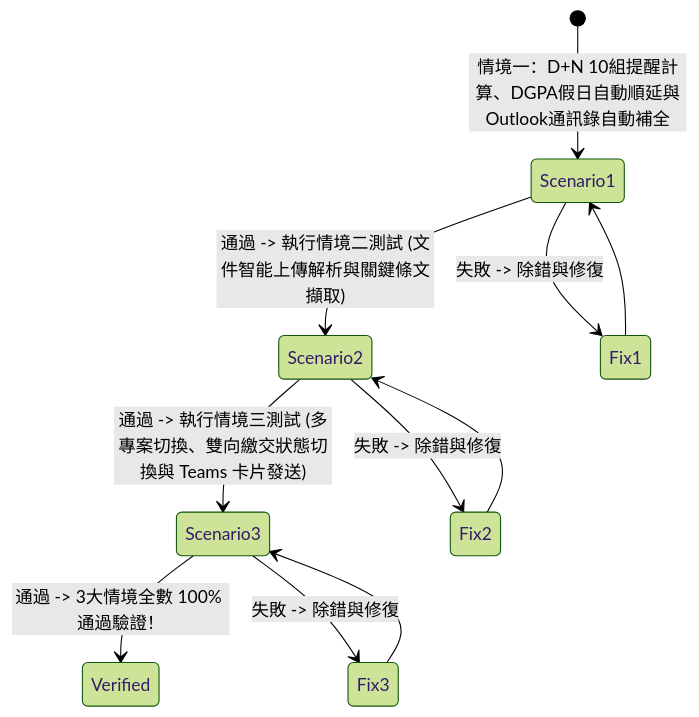
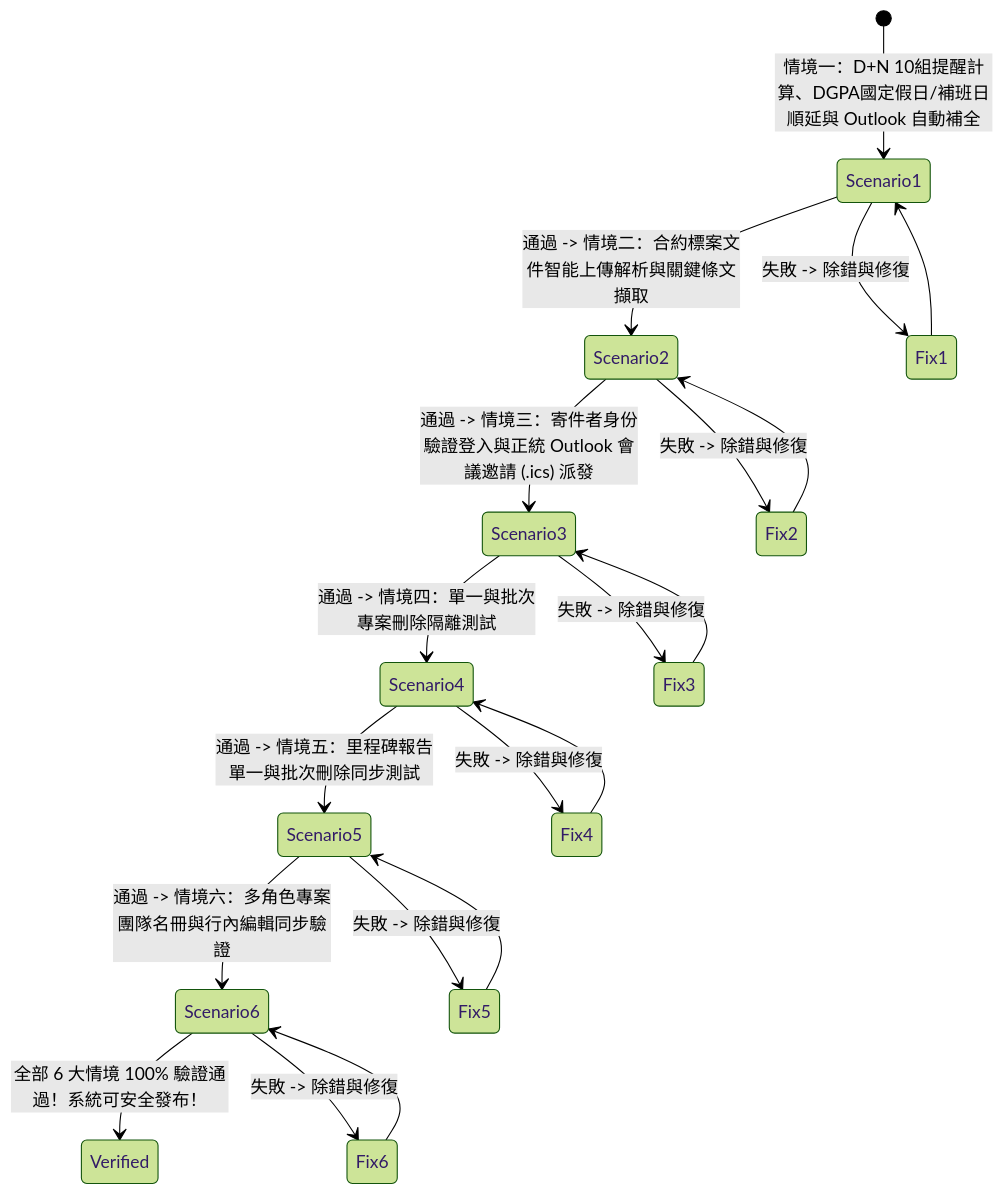
Before and after one commit to zearcehuang/report_reminder_system: the second of 2 diagrams in implementation_plan.md, drawn with Mermaid (forest theme). The commit also changed other lines of this file and 9 other files, not shown here.

````diff
--- a/implementation_plan.md
+++ b/implementation_plan.md
@@ -79,15 +85,27 @@
 ```mermaid
 stateDiagram-v2
-    [*] --> Scenario1: 情境一：D+N 10組提醒計算、DGPA假日自動順延與Outlook通訊錄自動補全
-    Scenario1 --> Scenario2: 通過 -> 執行情境二測試 (文件智能上傳解析與關鍵條文擷取)
+    [*] --> Scenario1: 情境一：D+N 10組提醒計算、DGPA國定假日/補班日順延與 Outlook 自動補全
+    Scenario1 --> Scenario2: 通過 -> 情境二：合約標案文件智能上傳解析與關鍵條文擷取
     Scenario1 --> Fix1: 失敗 -> 除錯與修復
     Fix1 --> Scenario1
 
-    Scenario2 --> Scenario3: 通過 -> 執行情境三測試 (多專案切換、雙向繳交狀態切換與 Teams 卡片發送)
+    Scenario2 --> Scenario3: 通過 -> 情境三：寄件者身份驗證登入與正統 Outlook 會議邀請 (.ics) 派發
     Scenario2 --> Fix2: 失敗 -> 除錯與修復
     Fix2 --> Scenario2
 
-    Scenario3 --> Verified: 通過 -> 3大情境全數 100% 通過驗證！
+    Scenario3 --> Scenario4: 通過 -> 情境四：單一與批次專案刪除隔離測試
     Scenario3 --> Fix3: 失敗 -> 除錯與修復
     Fix3 --> Scenario3
+
+    Scenario4 --> Scenario5: 通過 -> 情境五：里程碑報告單一與批次刪除同步測試
+    Scenario4 --> Fix4: 失敗 -> 除錯與修復
+    Fix4 --> Scenario4
+
+    Scenario5 --> Scenario6: 通過 -> 情境六：多角色專案團隊名冊與行內編輯同步驗證
+    Scenario5 --> Fix5: 失敗 -> 除錯與修復
+    Fix5 --> Scenario5
+
+    Scenario6 --> Verified: 全部 6 大情境 100% 驗證通過！系統可安全發布！
+    Scenario6 --> Fix6: 失敗 -> 除錯與修復
+    Fix6 --> Scenario6
 ```
````
